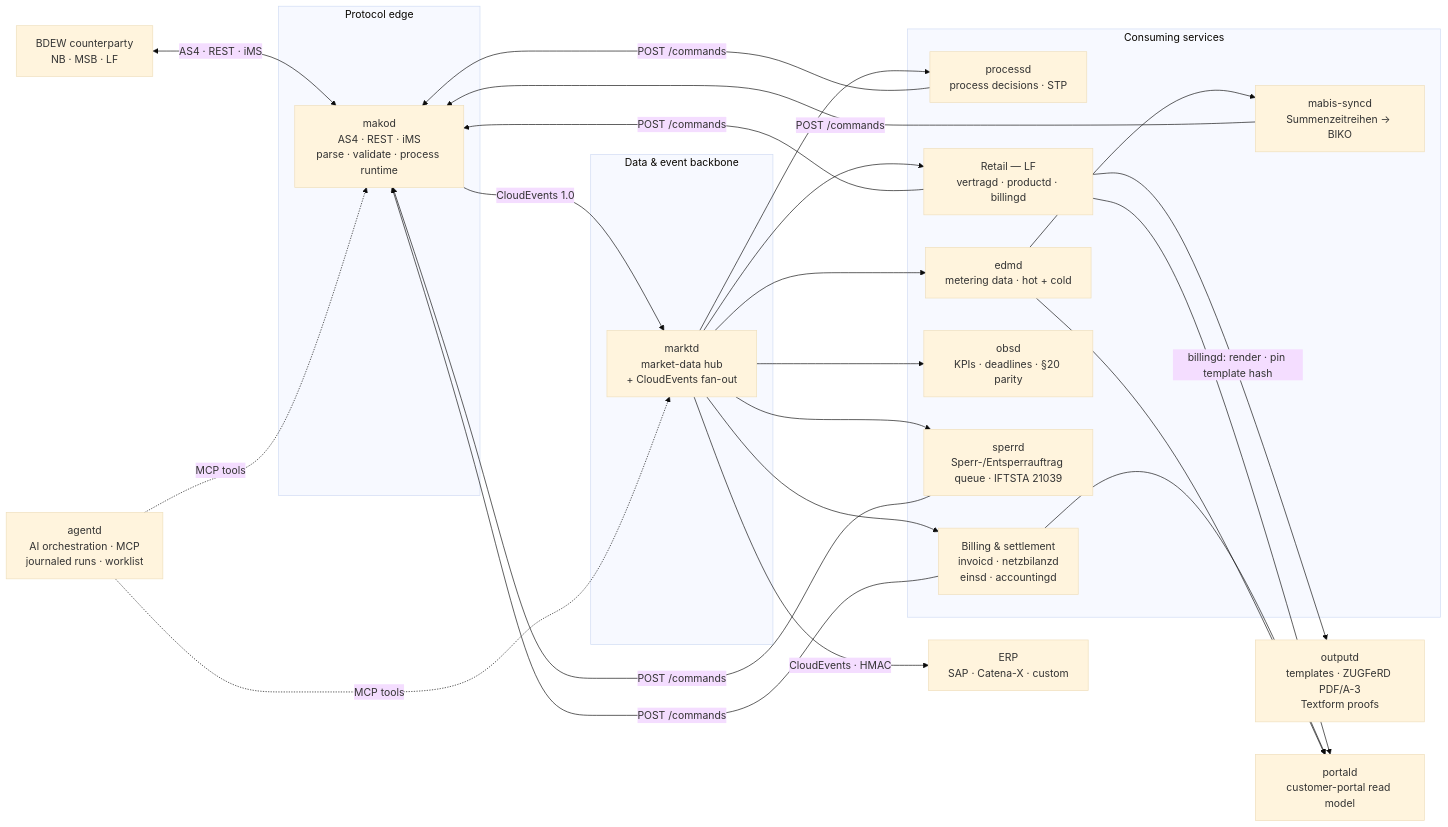
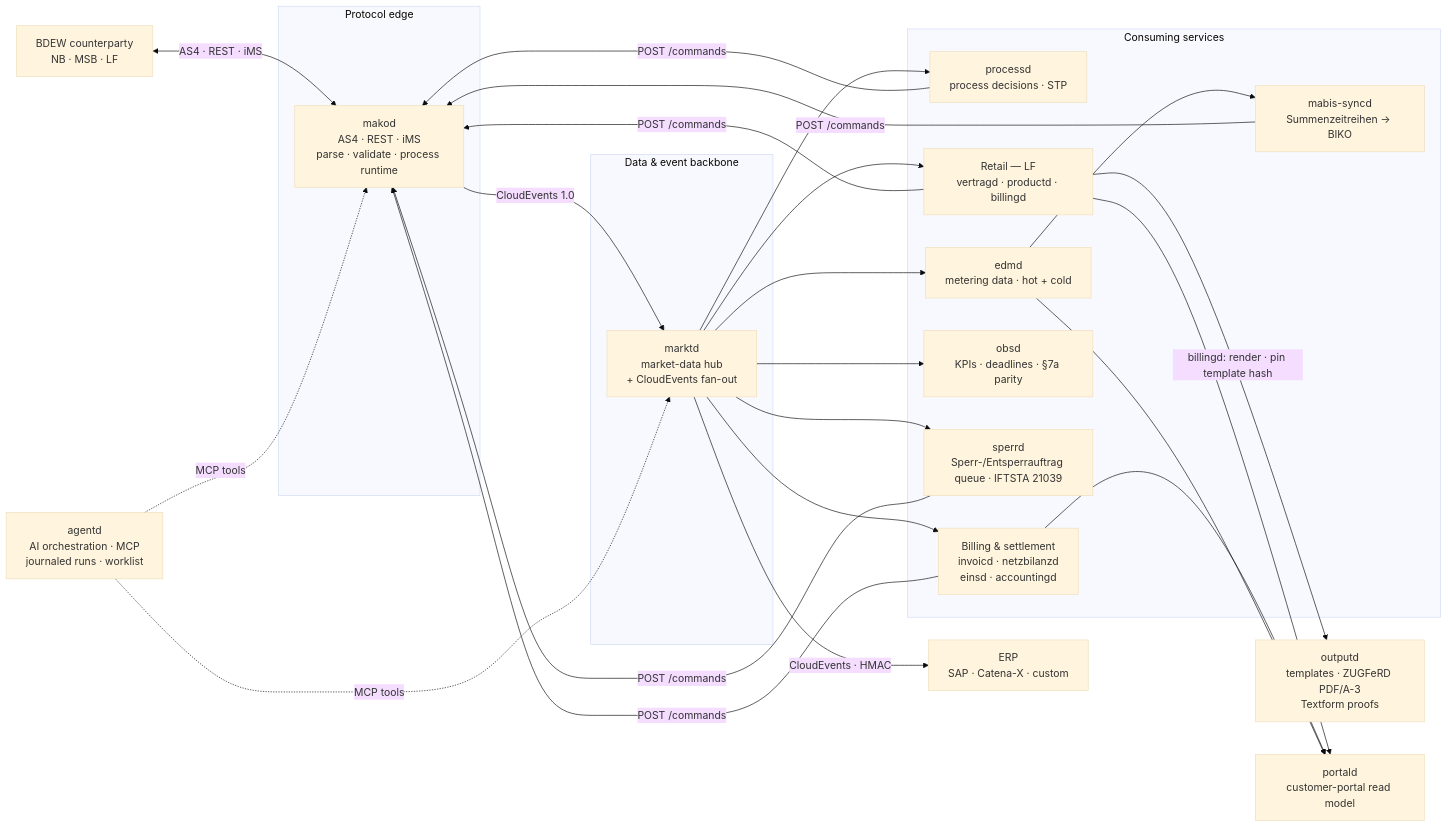
Before and after one commit to hupe1980/mako: the first of 5 diagrams in site/content/docs/architecture/_index.md, drawn with Mermaid (base theme). The commit also changed other lines of this file and 490 other files, not shown here.

````diff
--- a/site/content/docs/architecture/_index.md
+++ b/site/content/docs/architecture/_index.md
@@ -87,39 +99,39 @@
 ```mermaid
 graph LR
     EXT["BDEW counterparty<br/>NB · MSB · LF"]
     ERP["ERP<br/>SAP · Catena-X · custom"]
 
     subgraph edge ["Protocol edge"]
         MAKOD["makod<br/>AS4 · REST · iMS<br/>parse · validate · process runtime"]
     end
 
     subgraph backbone ["Data &amp; event backbone"]
         MARKTD["marktd<br/>market-data hub<br/>+ CloudEvents fan-out"]
     end
 
     subgraph consumers ["Consuming services"]
         PROC["processd<br/>process decisions · STP"]
         SETTLE["Billing &amp; settlement<br/>invoicd · netzbilanzd<br/>einsd · accountingd"]
         RETAIL["Retail — LF<br/>vertragd · productd · billingd"]
         EDMD["edmd<br/>metering data · hot + cold"]
-        OBSD["obsd<br/>KPIs · deadlines · §20 parity"]
+        OBSD["obsd<br/>KPIs · deadlines · §7a parity"]
         SPERRD["sperrd<br/>Sperr-/Entsperrauftrag queue · IFTSTA 21039"]
         MABIS["mabis-syncd<br/>Summenzeitreihen → BIKO"]
     end
 
     OUTPUTD["outputd<br/>templates · ZUGFeRD PDF/A-3<br/>Textform proofs"]
     PORTALD["portald<br/>customer-portal read model"]
     AGENTD["agentd<br/>AI orchestration · MCP<br/>journaled runs · worklist"]
 
     EXT <-->|"AS4 · REST · iMS"| MAKOD
     MAKOD -->|"CloudEvents 1.0"| MARKTD
     MARKTD --> PROC & SETTLE & EDMD & OBSD & RETAIL & SPERRD
     MARKTD -->|"CloudEvents · HMAC"| ERP
     EDMD --> MABIS
     MABIS -->|"POST /commands"| MAKOD
     PROC & SETTLE & RETAIL & SPERRD -->|"POST /commands"| MAKOD
     RETAIL -->|"billingd: render · pin template hash"| OUTPUTD
     RETAIL & SETTLE & EDMD --> PORTALD
     AGENTD -.->|"MCP tools"| MAKOD
     AGENTD -.->|"MCP tools"| MARKTD
 ```
````
